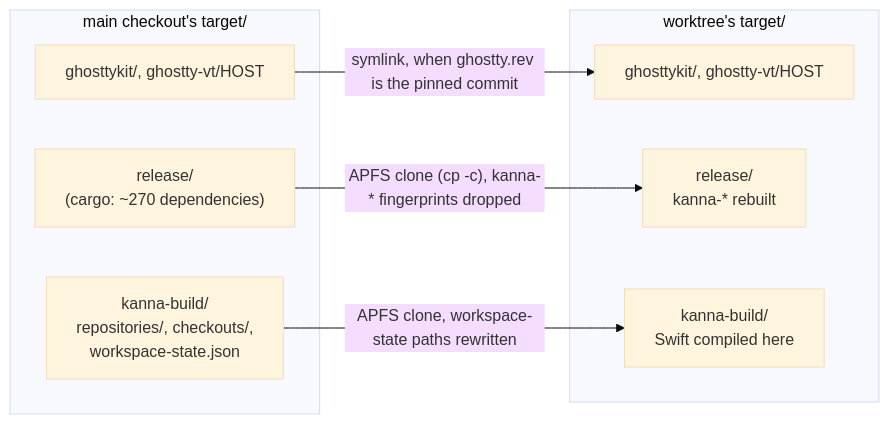
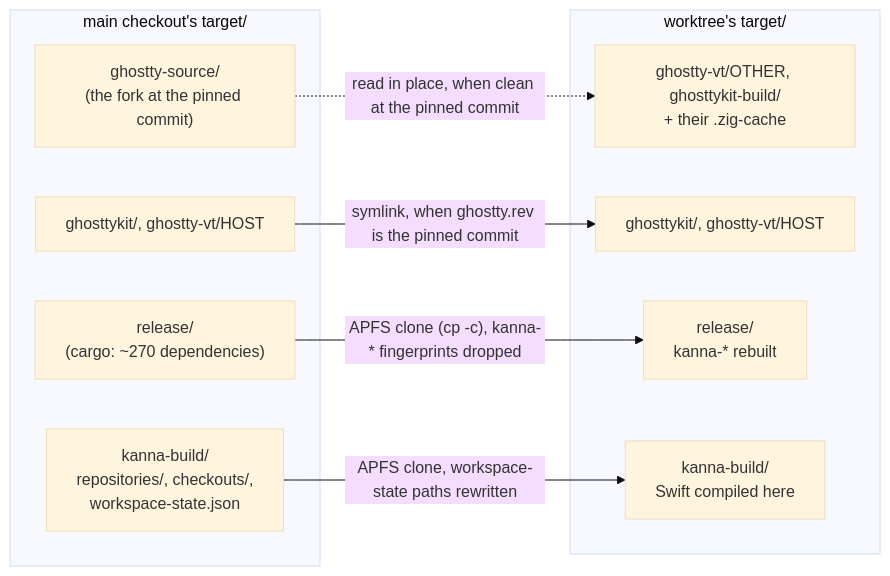
The diagram in docs/specs/build-speed.md (jemdiggity/kanna-v4), drawn with Mermaid (base theme) before and after one commit. The commit also changed other lines of this file and 3 other files, not shown here.

Commit message:
A worktree builds Ghostty from the main checkout's source instead of cloning the fork: kanna_ghostty_source uses main's target/ghostty-source when it's clean at the pinned commit, and the Zig builds keep their caches and outputs under the building checkout's target/

````diff
--- a/docs/specs/build-speed.md
+++ b/docs/specs/build-speed.md
@@ -7,16 +7,19 @@
 ```mermaid
 flowchart LR
     subgraph M["main checkout's target/"]
+        S["ghostty-source/<br/>(the fork at the pinned commit)"]
         G["ghosttykit/, ghostty-vt/HOST"]
         R["release/<br/>(cargo: ~270 dependencies)"]
         K["kanna-build/<br/>repositories/, checkouts/,<br/>workspace-state.json"]
     end
     subgraph W["worktree's target/"]
+        B["ghostty-vt/OTHER, ghosttykit-build/<br/>+ their .zig-cache"]
         G2["ghosttykit/, ghostty-vt/HOST"]
         R2["release/<br/>kanna-* rebuilt"]
         K2["kanna-build/<br/>Swift compiled here"]
     end
+    S -.->|"read in place, when clean at the pinned commit"| B
     G -->|"symlink, when ghostty.rev is the pinned commit"| G2
     R -->|"APFS clone (cp -c), kanna-* fingerprints dropped"| R2
     K -->|"APFS clone, workspace-state paths rewritten"| K2
 ```
````
